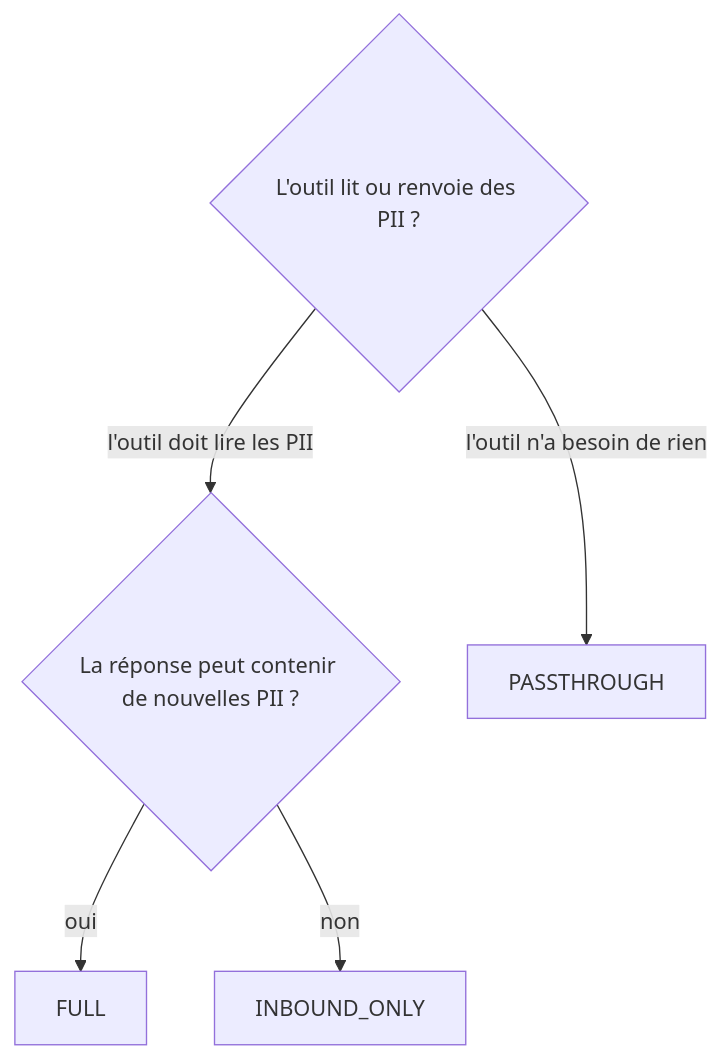
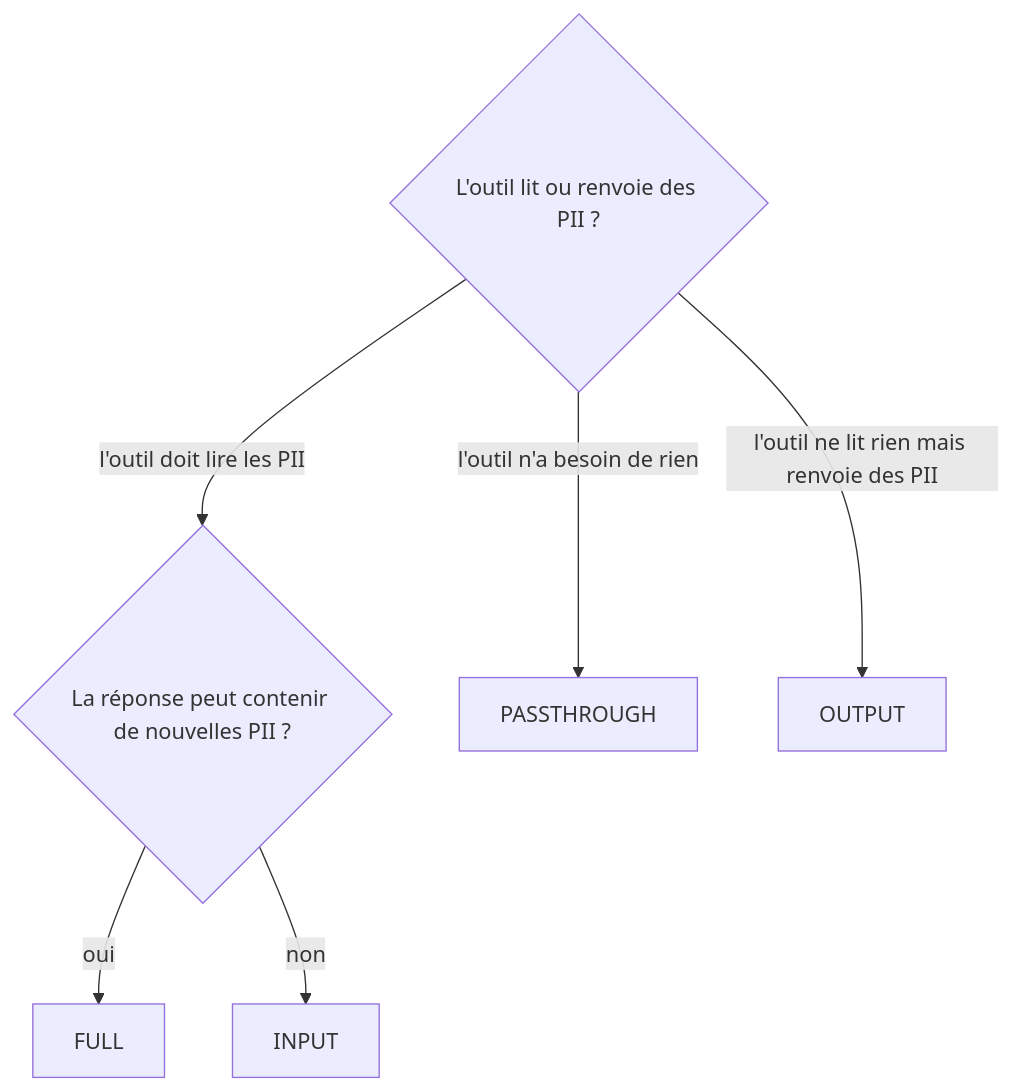
The second of 2 diagrams in docs/fr/tool-call-strategies.md (Athroniaeth/piighost), drawn with Mermaid before and after one commit. The commit also changed other lines of this file and 57 other files, not shown here.

````diff
--- a/docs/fr/tool-call-strategies.md
+++ b/docs/fr/tool-call-strategies.md
@@ -60,7 +134,8 @@
 ```mermaid
 flowchart TD
     A{L'outil lit ou renvoie des PII ?} -->|l'outil doit lire les PII| B{La réponse peut contenir de nouvelles PII ?}
     A -->|l'outil n'a besoin de rien| E[PASSTHROUGH]
+    A -->|l'outil ne lit rien mais renvoie des PII| F[OUTPUT]
     B -->|oui| C[FULL]
-    B -->|non| D[INBOUND_ONLY]
+    B -->|non| D[INPUT]
 ```
````
